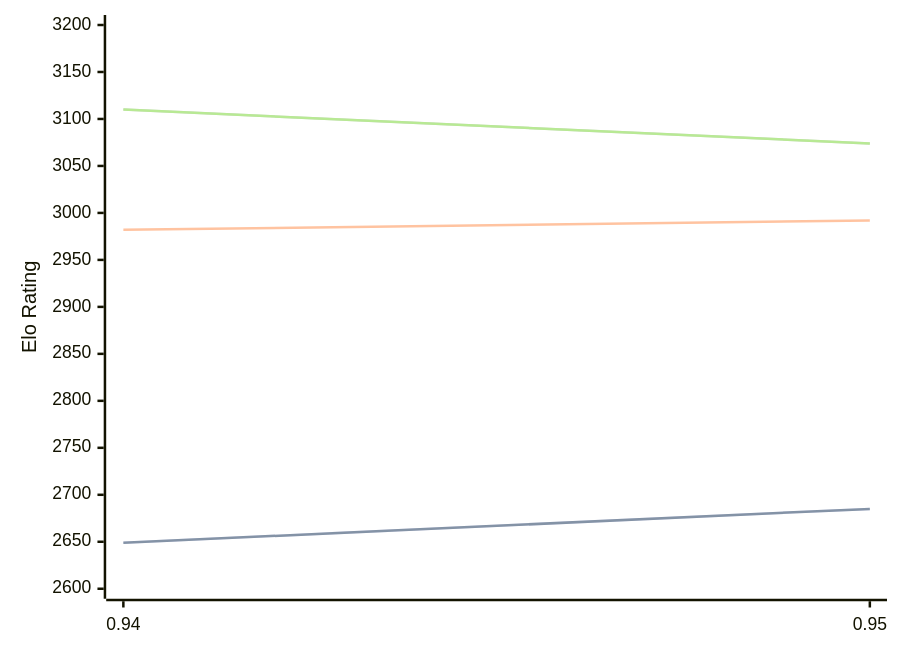
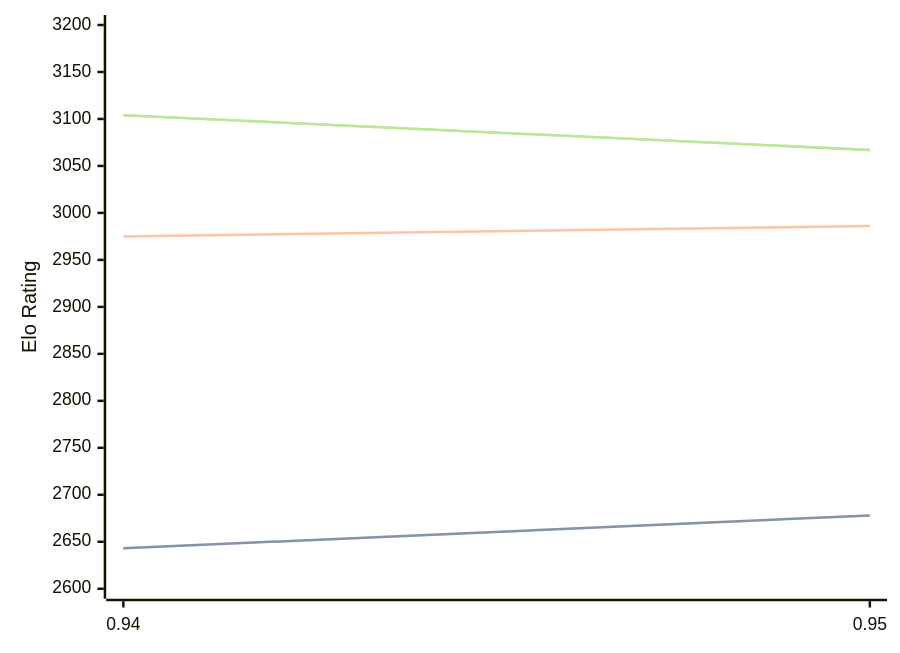
Before and after one commit to computer-chess-index/cci: the diagram in engines/Myrddin.md, drawn with Mermaid. The commit also changed other lines of this file, not shown here.

Commit message:
Update CCI Ratings (ELO VLTC) - 2026-05-18

````diff
--- a/engines/Myrddin.md
+++ b/engines/Myrddin.md
@@ -37,11 +37,11 @@
 ```mermaid
 %%{init: {"theme":"base","themeVariables":{"seriesColors:['#a3a3a3','#222221','#faa371']}}}%%
 xychart-beta
   x-axis ["0.94", "0.95"]
   y-axis "Elo Rating" 2600 --> 3200
-  line "STC (8.0+0.08s)" [2649, 2685]
-  line "STC (8.0+0.08s)" [2649, 2685]
-  line "LTC (60.0+0.60s)" [2982, 2992]
-  line "VLTC (2m24s+1.12s)" [3110, 3074]
-  line "VLTC (2m24s+1.12s)" [3110, 3074]
+  line "STC (8.0+0.08s)" [2643, 2678]
+  line "STC (8.0+0.08s)" [2643, 2678]
+  line "LTC (60.0+0.60s)" [2975, 2986]
+  line "VLTC (2m24s+1.12s)" [3104, 3067]
+  line "VLTC (2m24s+1.12s)" [3104, 3067]
 ```
````
